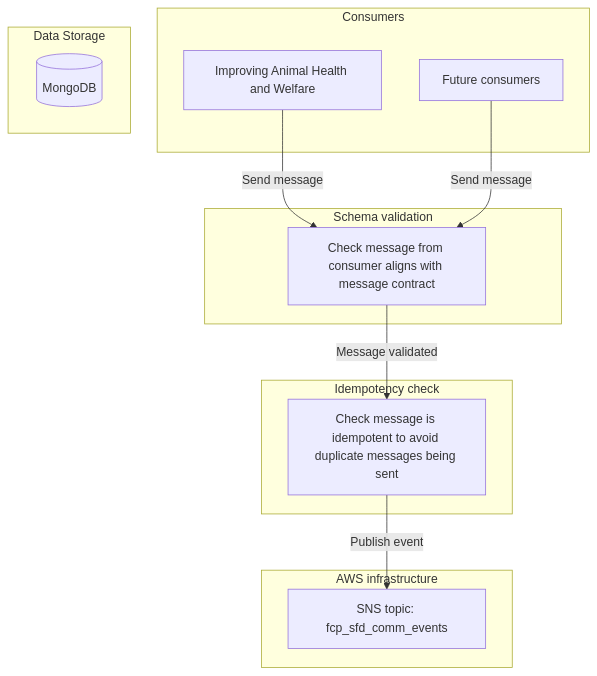
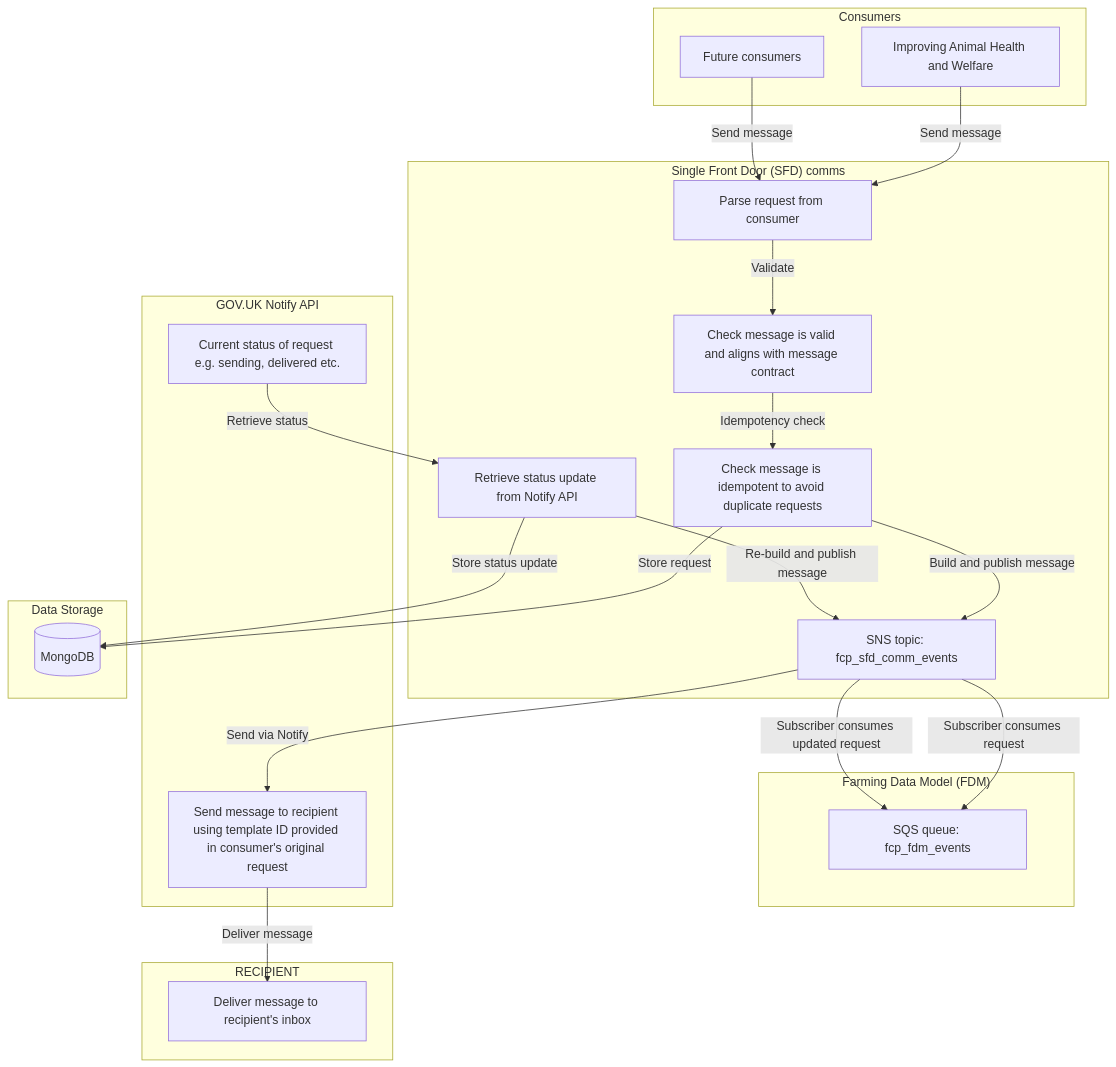
The diagram in README.md (DEFRA/fcp-sfd-comms), drawn with Mermaid before and after one commit. The commit also changed other lines of this file, not shown here.

Commit message:
add mermaid diagram for phase 1

````diff
--- a/README.md
+++ b/README.md
@@ -13,29 +14,46 @@
 ```mermaid
-graph TB
+graph
     subgraph "Consumers"
         IAHW[Improving Animal Health and Welfare]
         FUTURE[Future consumers]
     end
     
-    subgraph "Schema validation"
-        VALIDATION[Check message from consumer aligns with message contract]
+    subgraph "Single Front Door (SFD) comms"
+        PARSE[Parse request from consumer]
+        VALIDATION[Check message is valid and aligns with message contract]
+        IDEMPOTENCY_CHECK[Check message is idempotent to avoid duplicate requests]
+        SNS[SNS topic: fcp_sfd_comm_events]
+        UPDATE[Retrieve status update from Notify API]
     end
 
-    subgraph "Idempotency check"
-        IDEMPOTENCY_CHECK[Check message is idempotent to avoid duplicate messages being sent]
+    subgraph "Farming Data Model (FDM)"
+        SQS[SQS queue: fcp_fdm_events]
     end
-    
-    subgraph "AWS infrastructure"
-        SNS[SNS topic: fcp_sfd_comm_events]
+
+    subgraph "GOV.UK Notify API"
+        NOTIFY[Send message to recipient using template ID provided in consumer's original request]
+        STATUS[Current status of request e.g. sending, delivered etc.]
     end
-    
+
     subgraph "Data Storage"
         MONGO[(MongoDB)]
     end
+
+    subgraph "RECIPIENT"
+        DELIVERY[Deliver message to recipient's inbox]
+    end
     
-    IAHW -->|Send message| VALIDATION
-    FUTURE -->|Send message| VALIDATION
-    VALIDATION -->|Message validated| IDEMPOTENCY_CHECK
-    IDEMPOTENCY_CHECK -->|Publish event| SNS
-    
+    IAHW -->|Send message| PARSE
+    FUTURE -->|Send message| PARSE
+    PARSE --> |Validate| VALIDATION
+    VALIDATION -->|Idempotency check| IDEMPOTENCY_CHECK
+    IDEMPOTENCY_CHECK -->|Build and publish message| SNS
+    IDEMPOTENCY_CHECK -->|Store request| MONGO
+    SNS -->|Subscriber consumes request|SQS
+    SNS -->|Send via Notify| NOTIFY
+    NOTIFY -->|Deliver message| DELIVERY
+    STATUS -->|Retrieve status| UPDATE
+    UPDATE -->|Re-build and publish message| SNS
+    UPDATE -->|Store status update| MONGO
+    SNS -->|Subscriber consumes updated request|SQS
 ```
````
